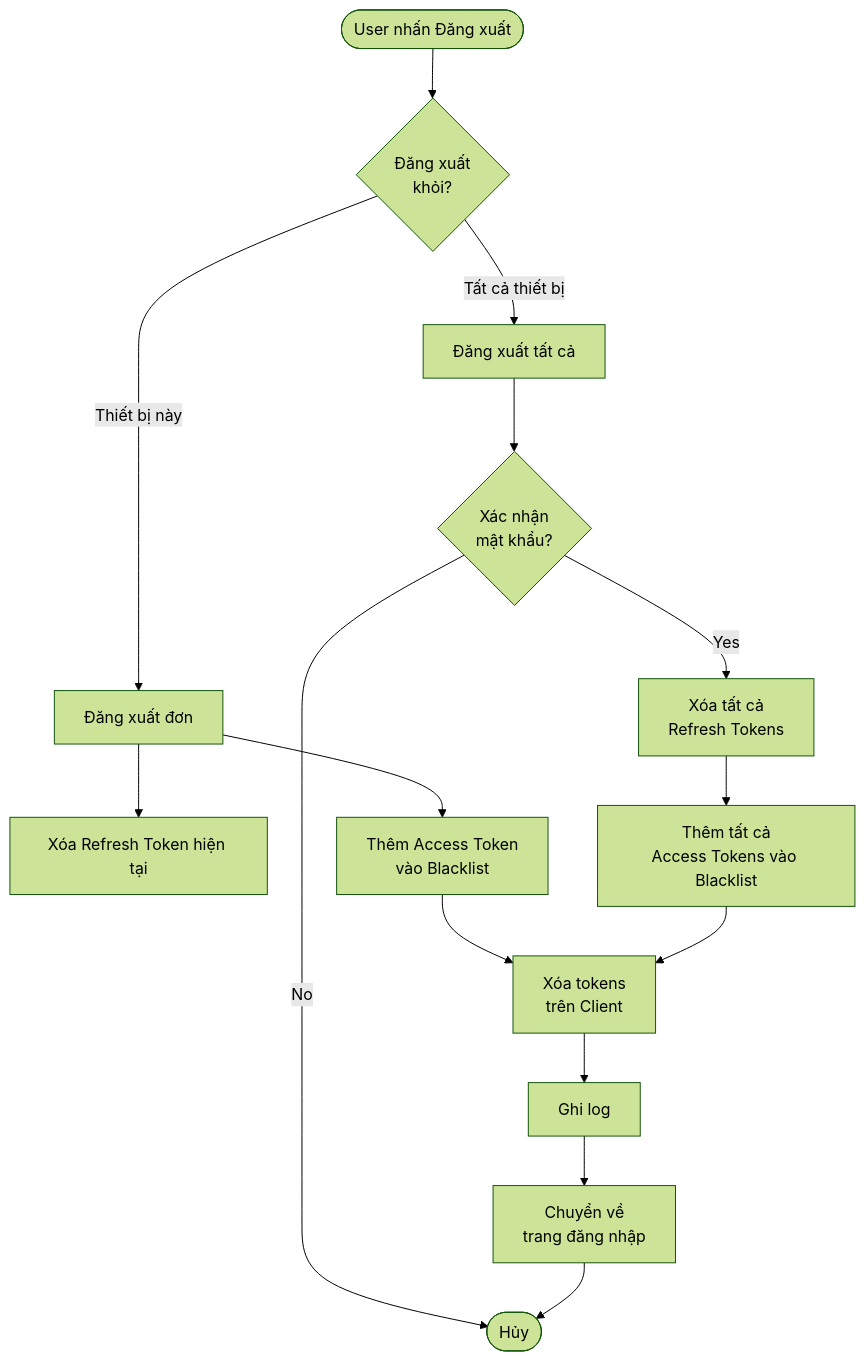
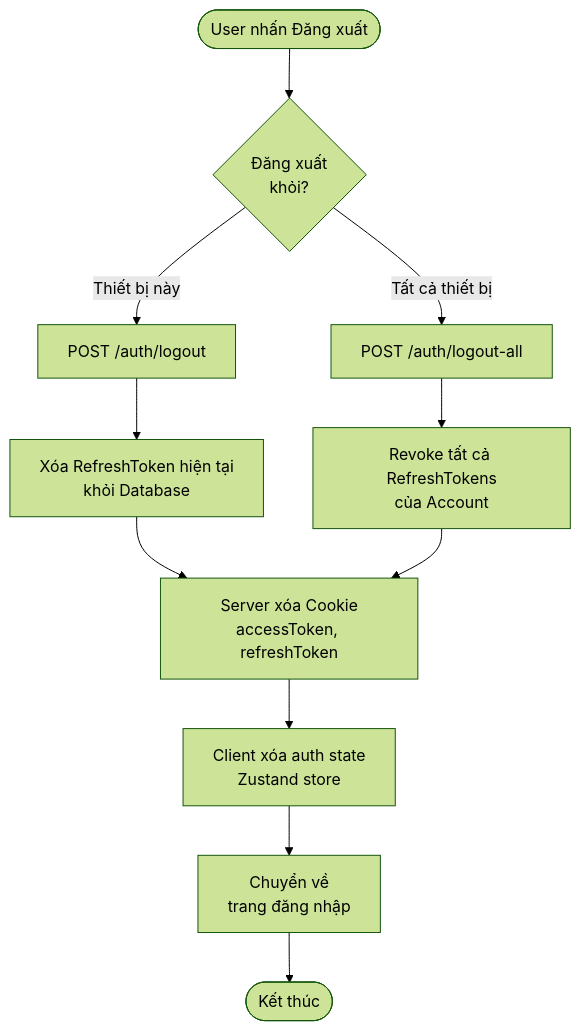
Before and after one commit to huy1235588/restaurant-management: the seventh of 12 diagrams in docs/diagrams/AUTHENTICATION_MANAGEMENT_DIAGRAMS.md, drawn with Mermaid (forest theme). The commit also changed other lines of this file and 18 other files, not shown here.

````diff
--- a/docs/diagrams/AUTHENTICATION_MANAGEMENT_DIAGRAMS.md
+++ b/docs/diagrams/AUTHENTICATION_MANAGEMENT_DIAGRAMS.md
@@ -245,23 +233,20 @@
 ```mermaid
 flowchart TB
     Start([User nhấn Đăng xuất]) --> Choice{Đăng xuất<br/>khỏi?}
     
-    Choice -->|Thiết bị này| SingleLogout[Đăng xuất đơn]
-    Choice -->|Tất cả thiết bị| AllLogout[Đăng xuất tất cả]
+    Choice -->|Thiết bị này| SingleLogout[POST /auth/logout]
+    Choice -->|Tất cả thiết bị| AllLogout[POST /auth/logout-all]
     
-    SingleLogout --> DeleteRT[Xóa Refresh Token hiện tại]
-    SingleLogout --> AddBL[Thêm Access Token<br/>vào Blacklist]
+    SingleLogout --> DeleteRT[Xóa RefreshToken hiện tại<br/>khỏi Database]
     
-    AllLogout --> Confirm{Xác nhận<br/>mật khẩu?}
-    Confirm -->|No| End([Hủy])
-    Confirm -->|Yes| DeleteAllRT[Xóa tất cả<br/>Refresh Tokens]
-    DeleteAllRT --> AddAllBL[Thêm tất cả<br/>Access Tokens vào Blacklist]
+    AllLogout --> RevokeAllRT[Revoke tất cả RefreshTokens<br/>của Account]
     
-    AddBL --> ClearClient[Xóa tokens<br/>trên Client]
-    AddAllBL --> ClearClient
+    DeleteRT --> ClearCookie[Server xóa Cookie<br/>accessToken, refreshToken]
+    RevokeAllRT --> ClearCookie
     
-    ClearClient --> Log[Ghi log]
-    Log --> Redirect[Chuyển về<br/>trang đăng nhập]
+    ClearCookie --> ClearClient[Client xóa auth state<br/>Zustand store]
     
-    Redirect --> End
+    ClearClient --> Redirect[Chuyển về<br/>trang đăng nhập]
+    
+    Redirect --> End([Kết thúc])
 ```
````
